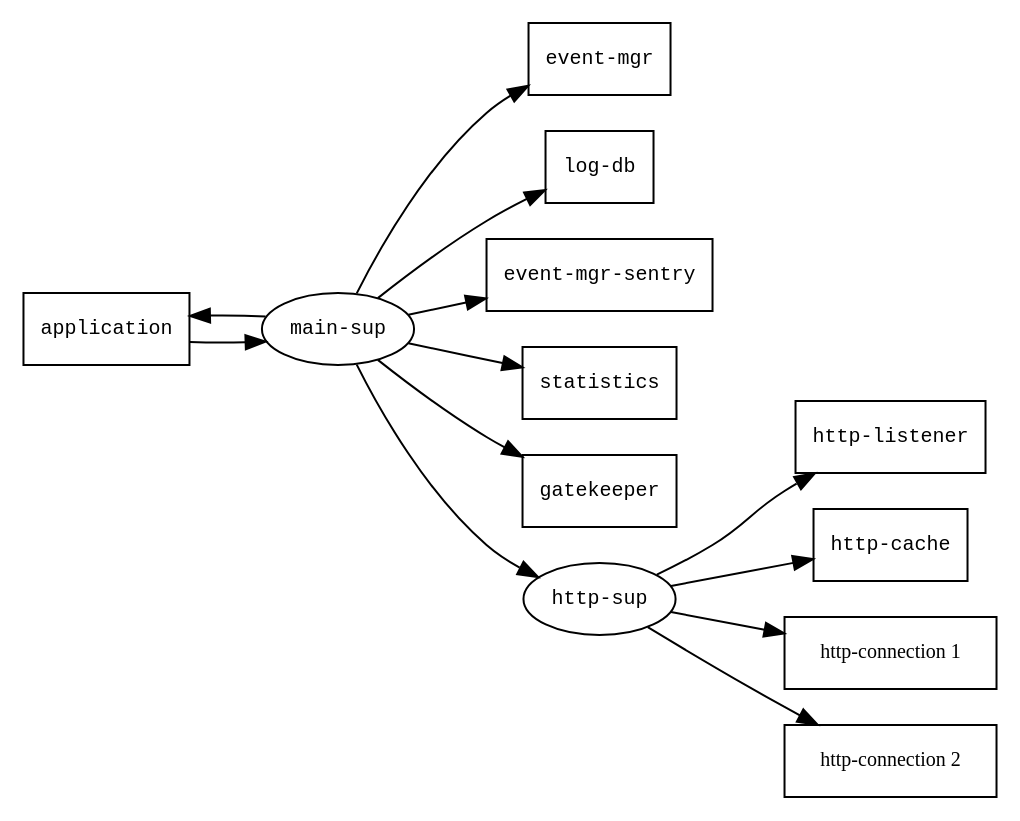
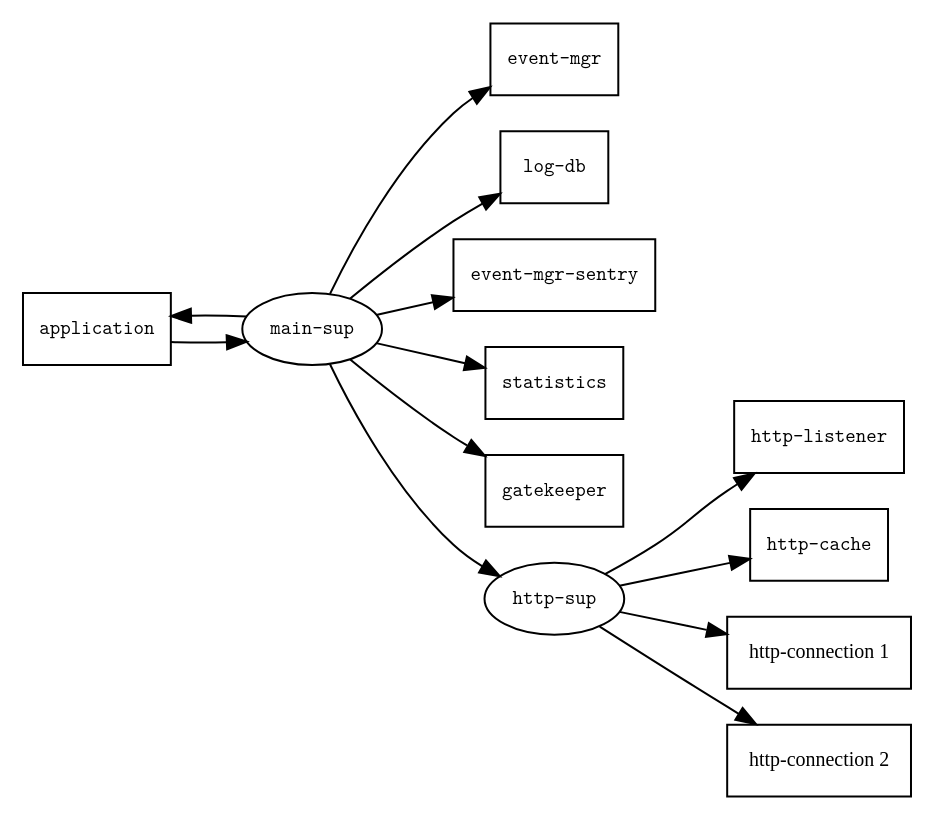
The diagram in doc/swish/intro-sup-tree.dot (becls/swish), drawn with Graphviz before and after one commit. The commit also changed 5 other files, not shown here.

```diff
--- a/doc/swish/intro-sup-tree.dot
+++ b/doc/swish/intro-sup-tree.dot
@@ -1,28 +1,28 @@
 digraph G {
   graph [margin=0,rankdir=LR];
-  node [shape=box,fontname="Courier",fontsize=10];
+  node [shape=box,fontname="Latin Modern Mono",fontsize=10];
   application [label="application"];
   mainsup [label="main-sup",shape=ellipse];
   eventmgr [label="event-mgr"];
   logdb [label="log-db"];
   eventmgrsentry [label="event-mgr-sentry"];
   statistics [label="statistics"];
   gatekeeper [label="gatekeeper"];
   httpsup [label="http-sup",shape=ellipse];
   httpd [label="http-listener"];
   httpcache [label="http-cache"];
-  hc1 [label="http-connection 1",fontname="Times-Roman"];
-  hc2 [label="http-connection 2",fontname="Times-Roman"];
+  hc1 [label="http-connection 1",fontname="Latin Modern Roman,"];
+  hc2 [label="http-connection 2",fontname="Latin Modern Roman,"];
   application -> mainsup;
   mainsup -> application;
   mainsup -> eventmgr;
   mainsup -> logdb;
   mainsup -> eventmgrsentry;
   mainsup -> statistics;
   mainsup -> gatekeeper;
   mainsup -> httpsup;
   httpsup -> httpd;
   httpsup -> httpcache;
   httpsup -> hc1;
   httpsup -> hc2;
 }
```
